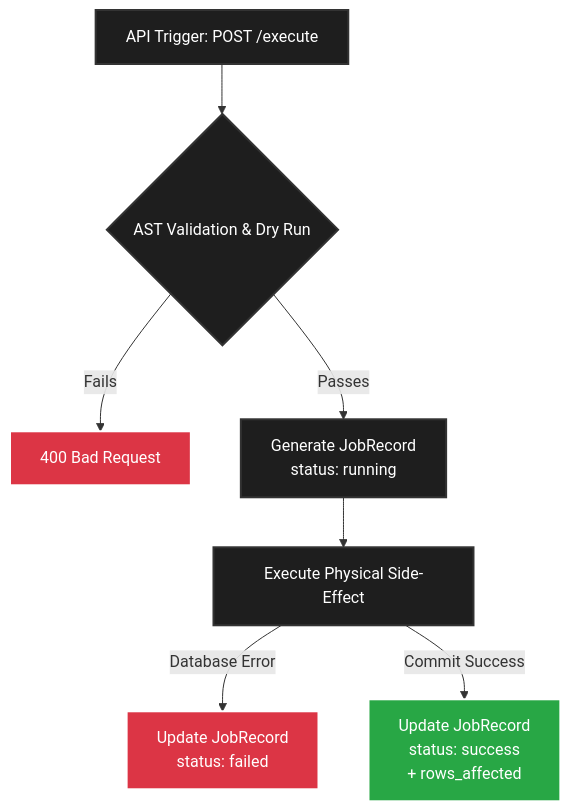
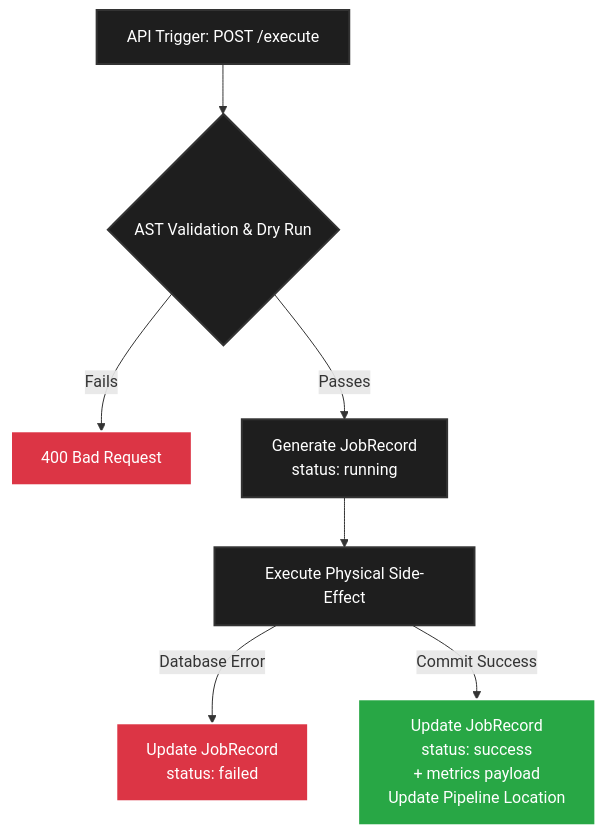
One commit to mnaatjes/elite-etl changed the second of 2 diagrams in docs/explanation/pipeline-state-and-id-hierarchy.md. Above: the diagram before and after it, drawn with Mermaid. The commit also changed other lines of this file, not shown here.

````diff
--- a/docs/explanation/pipeline-state-and-id-hierarchy.md
+++ b/docs/explanation/pipeline-state-and-id-hierarchy.md
@@ -176,21 +176,21 @@
 ```mermaid
 graph TD
     API[API Trigger: POST /execute]
     Validation{AST Validation & Dry Run}
     
     API --> Validation
     Validation -- "Fails" --> Rejection[400 Bad Request]
     Validation -- "Passes" --> JobStart[Generate JobRecord <br/> status: running]
     
     JobStart --> Execute[Execute Physical Side-Effect]
     Execute -- "Database Error" --> JobFail[Update JobRecord <br/> status: failed]
-    Execute -- "Commit Success" --> JobSuccess[Update JobRecord <br/> status: success <br/> + rows_affected]
+    Execute -- "Commit Success" --> JobSuccess[Update JobRecord <br/> status: success <br/> + metrics payload <br/> Update Pipeline Location]
     
     classDef default fill:#1e1e1e,stroke:#333,stroke-width:2px,color:#fff;
     classDef success fill:#28a745,stroke:#fff,color:#fff;
     classDef error fill:#dc3545,stroke:#fff,color:#fff;
     
     class JobSuccess success;
     class JobFail error;
     class Rejection error;
 ```
````
